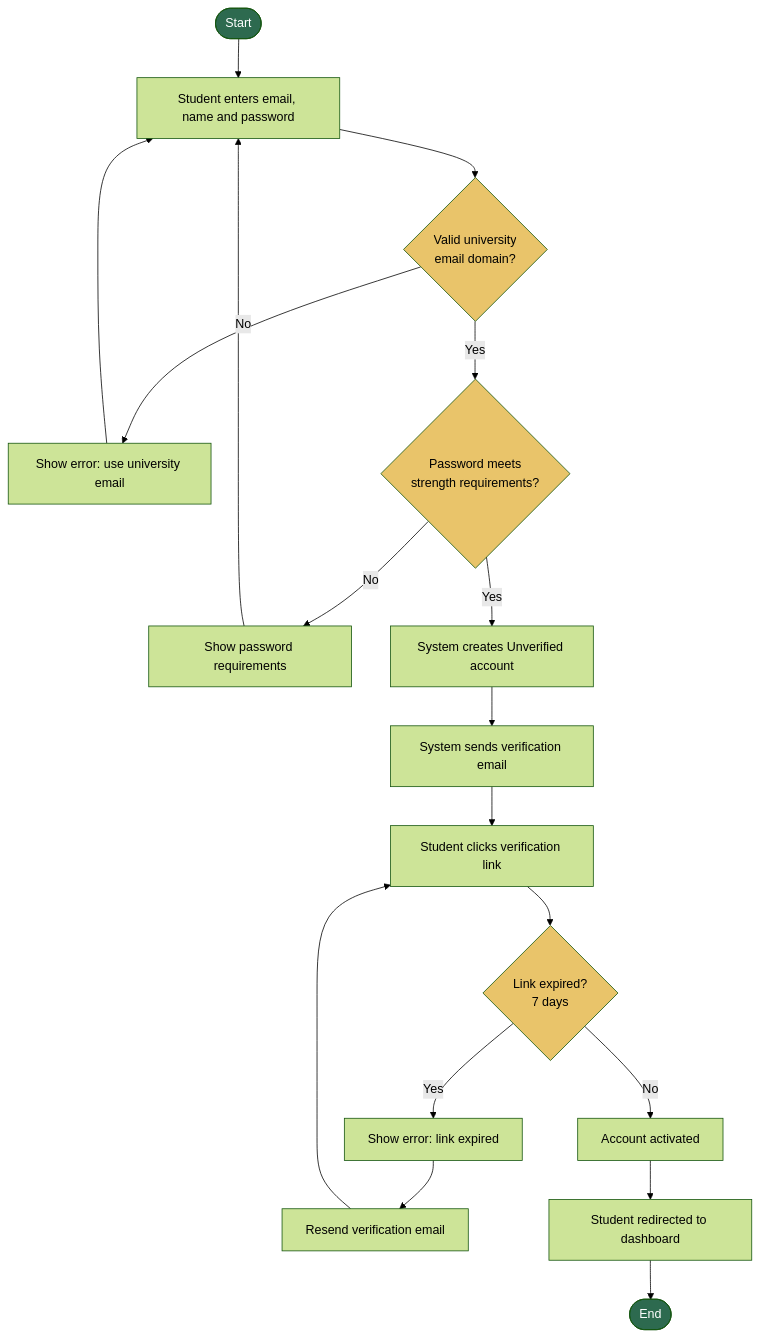
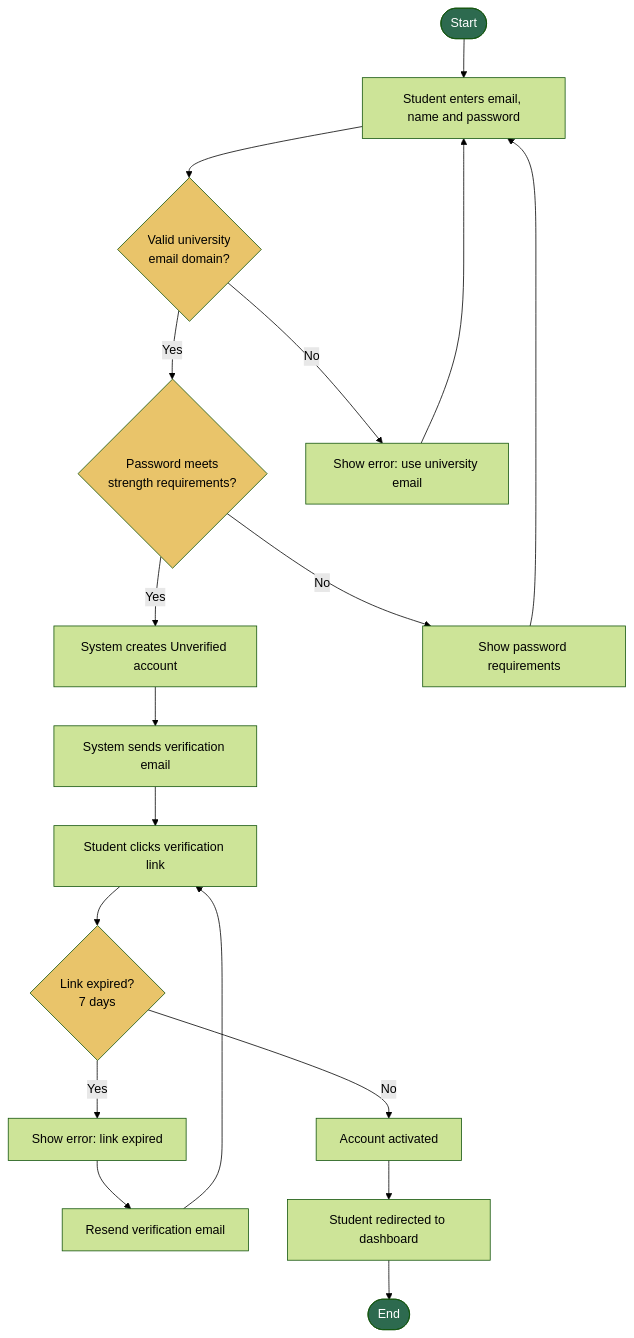
The first of 8 diagrams in ACTIVITY_DIAGRAMS.md (211225347/Smart-Academic-Library-Assistance-System-SALAS-), drawn with Mermaid (forest theme) before and after one commit. The commit also changed other lines of this file, not shown here.

````diff
--- a/ACTIVITY_DIAGRAMS.md
+++ b/ACTIVITY_DIAGRAMS.md
@@ -11,26 +12,26 @@
 ```mermaid
 flowchart TD
     A([Start]) --> B[Student enters email, name and password]
     B --> C{Valid university\nemail domain?}
-    C -- No --> D[Show error: use university email]
-    D --> B
-    C -- Yes --> E{Password meets\nstrength requirements?}
-    E -- No --> F[Show password requirements]
-    F --> B
-    E -- Yes --> G[System creates Unverified account]
-    G --> H[System sends verification email]
+    C -- Yes --> D{Password meets\nstrength requirements?}
+    C -- No --> E[Show error: use university email]
+    E --> B
+    D -- Yes --> F[System creates Unverified account]
+    D -- No --> G[Show password requirements]
+    G --> B
+    F --> H[System sends verification email]
     H --> I[Student clicks verification link]
     I --> J{Link expired?\n7 days}
-    J -- Yes --> K[Show error: link expired]
-    K --> L[Resend verification email]
-    L --> I
-    J -- No --> M[Account activated]
-    M --> N[Student redirected to dashboard]
+    J -- No --> K[Account activated]
+    J -- Yes --> L[Show error: link expired]
+    L --> M[Resend verification email]
+    M --> I
+    K --> N[Student redirected to dashboard]
     N --> Z([End])
 
     style A fill:#2d6a4f,color:#fff
     style Z fill:#2d6a4f,color:#fff
     style C fill:#e9c46a,color:#000
-    style E fill:#e9c46a,color:#000
+    style D fill:#e9c46a,color:#000
     style J fill:#e9c46a,color:#000
 ```
````
